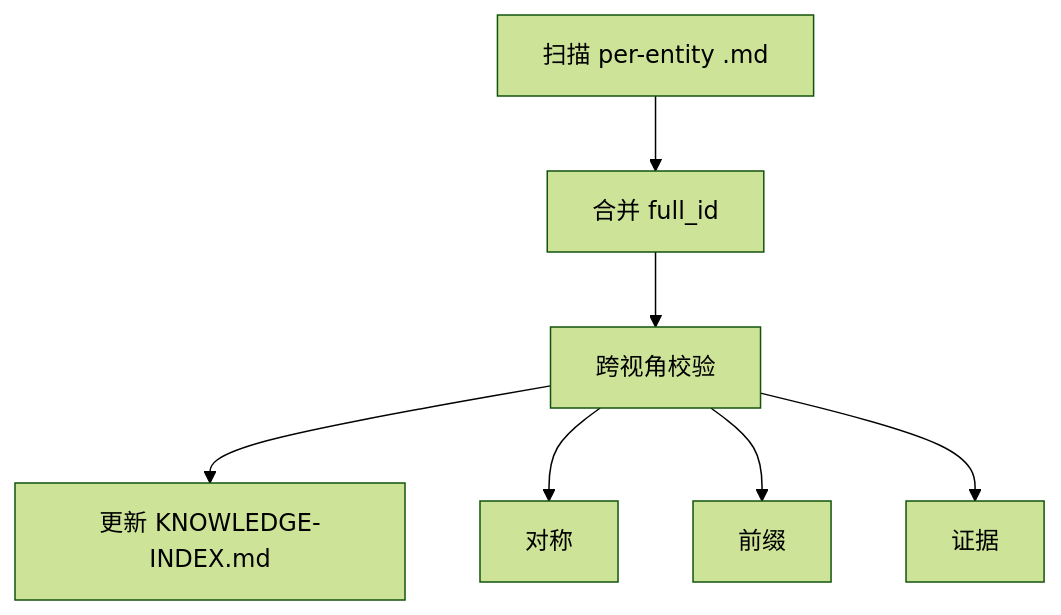
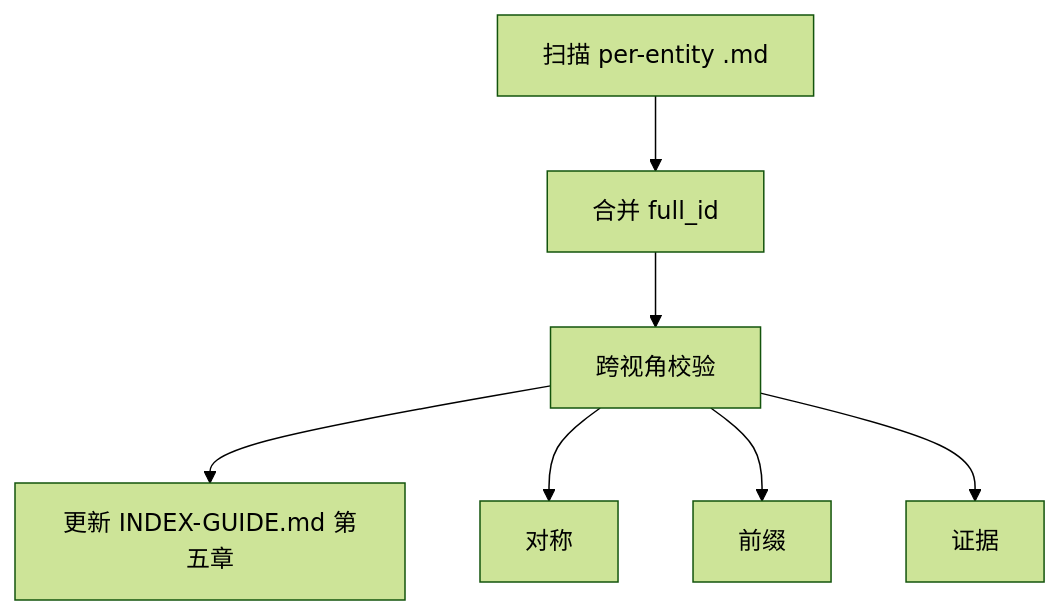
The diagram in agent/skills/docs-build/references/consolidation-spec.md (oleewen/ai-knowledge), drawn with Mermaid (forest theme) before and after one commit. The commit also changed other lines of this file and 58 other files, not shown here.

First line of the commit message:
refactor(docs-build): 将实体扫描表并入各层根 INDEX-GUIDE 第五章

````diff
--- a/agent/skills/docs-build/references/consolidation-spec.md
+++ b/agent/skills/docs-build/references/consolidation-spec.md
@@ -7,9 +7,9 @@
 ```mermaid
 graph TD
     A[扫描 per-entity .md] --> B[合并 full_id]
     B --> C[跨视角校验]
-    C --> D[更新 KNOWLEDGE-INDEX.md]
+    C --> D[更新 INDEX-GUIDE.md 第五章]
     C --> C1[对称]
     C --> C2[前缀]
     C --> C3[证据]
 ```
````
